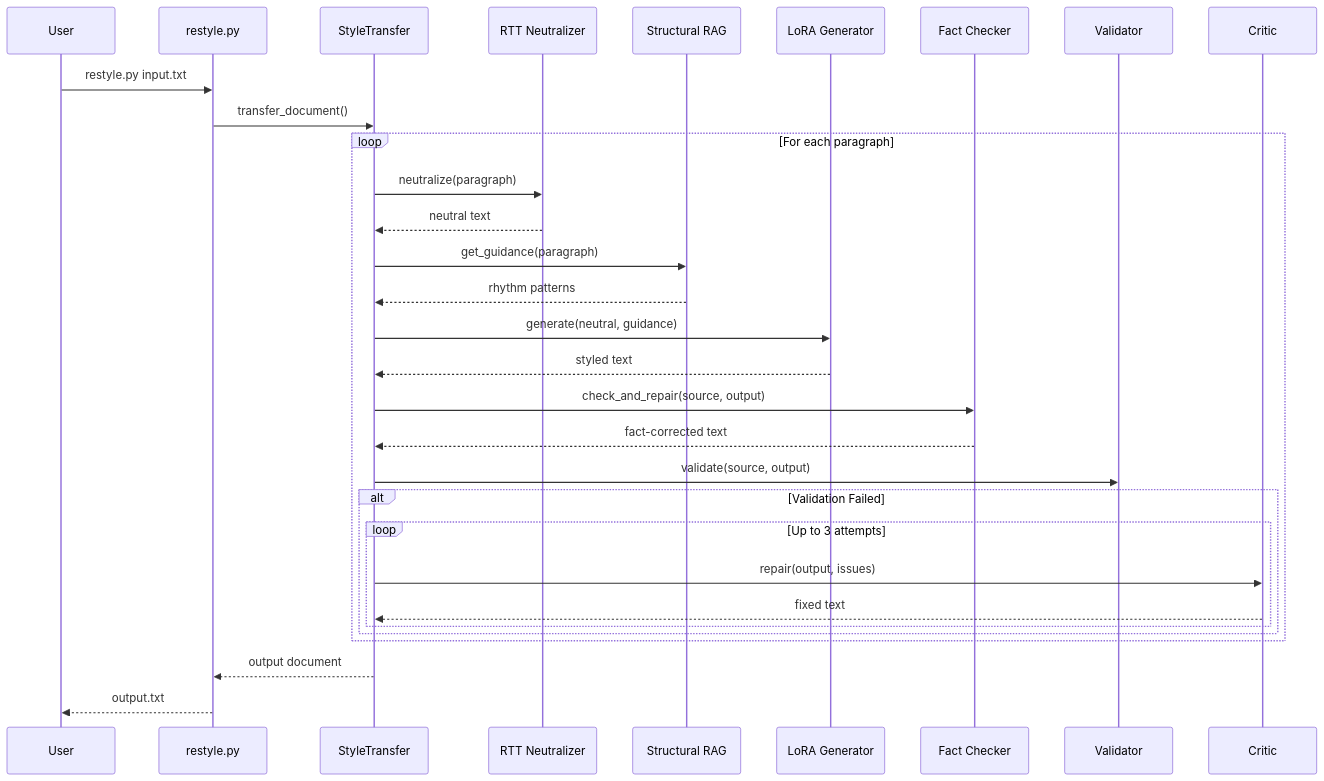
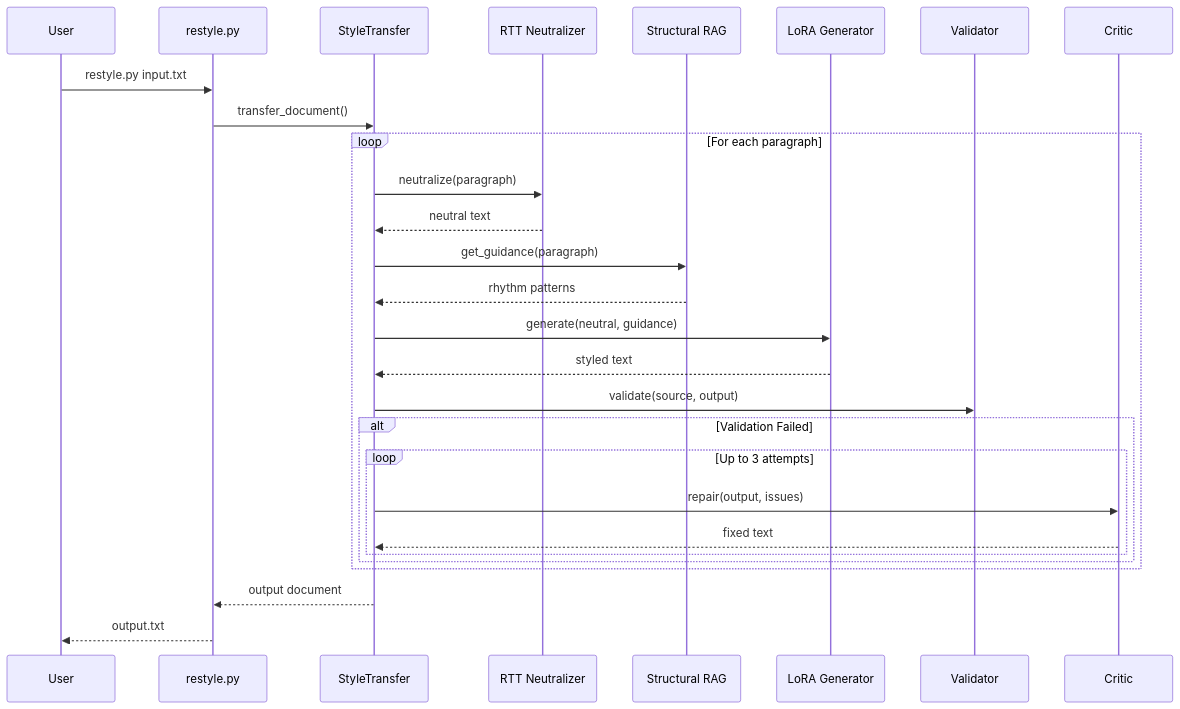
The fourth of 4 diagrams in README.md (yogthos/revenant), drawn with Mermaid before and after one commit. The commit also changed other lines of this file and 18 other files, not shown here.

````diff
--- a/README.md
+++ b/README.md
@@ -388,41 +312,37 @@
 ```mermaid
 sequenceDiagram
     participant User
     participant CLI as restyle.py
     participant Transfer as StyleTransfer
     participant RTT as RTT Neutralizer
     participant RAG as Structural RAG
     participant LoRA as LoRA Generator
-    participant Facts as Fact Checker
     participant Validator as Validator
     participant Critic as Critic
 
     User->>CLI: restyle.py input.txt
     CLI->>Transfer: transfer_document()
 
     loop For each paragraph
         Transfer->>RTT: neutralize(paragraph)
         RTT-->>Transfer: neutral text
 
         Transfer->>RAG: get_guidance(paragraph)
         RAG-->>Transfer: rhythm patterns
 
         Transfer->>LoRA: generate(neutral, guidance)
         LoRA-->>Transfer: styled text
 
-        Transfer->>Facts: check_and_repair(source, output)
-        Facts-->>Transfer: fact-corrected text
-
         Transfer->>Validator: validate(source, output)
 
         alt Validation Failed
             loop Up to 3 attempts
                 Transfer->>Critic: repair(output, issues)
                 Critic-->>Transfer: fixed text
             end
         end
     end
 
     Transfer-->>CLI: output document
     CLI-->>User: output.txt
 ```
````
